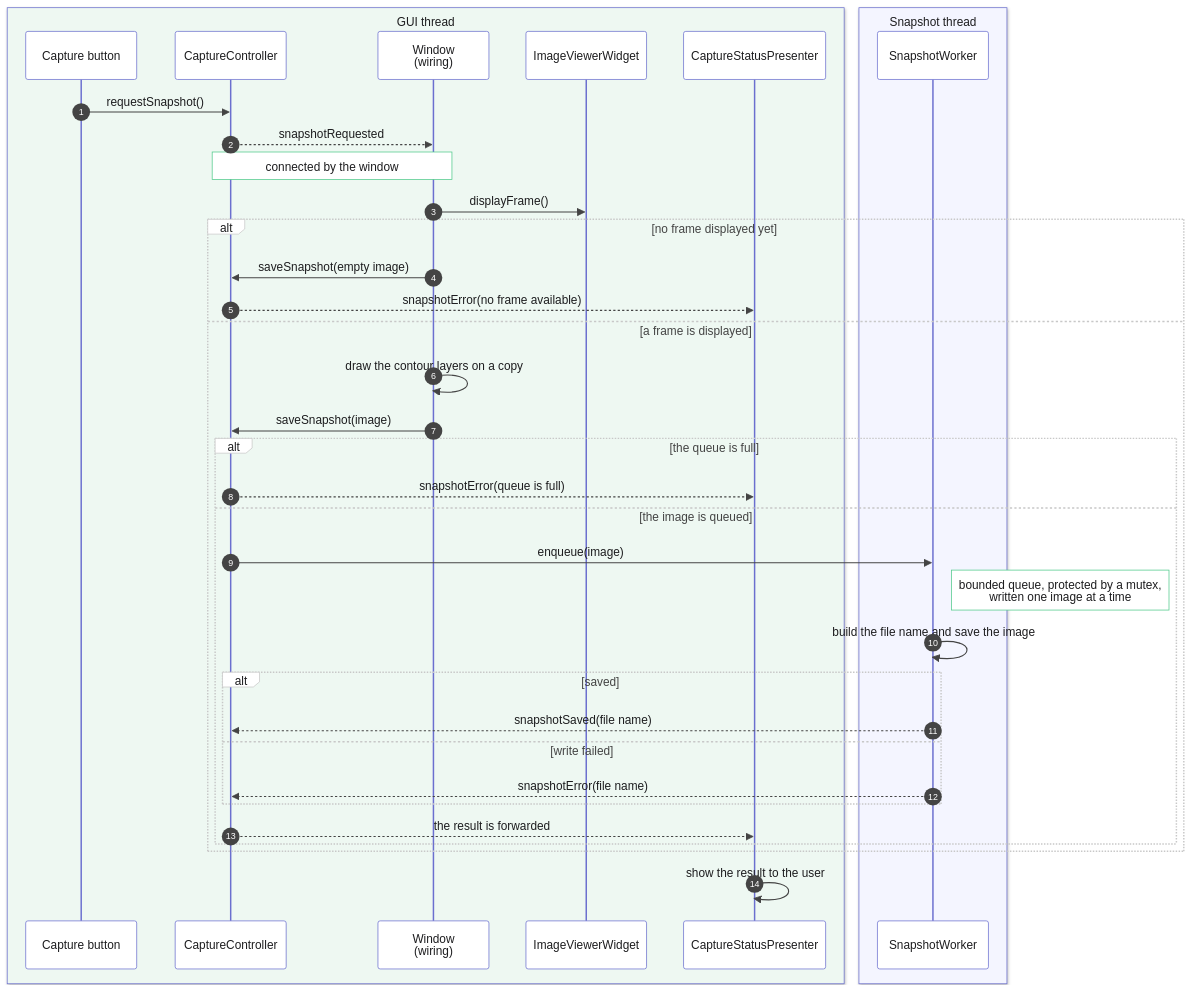
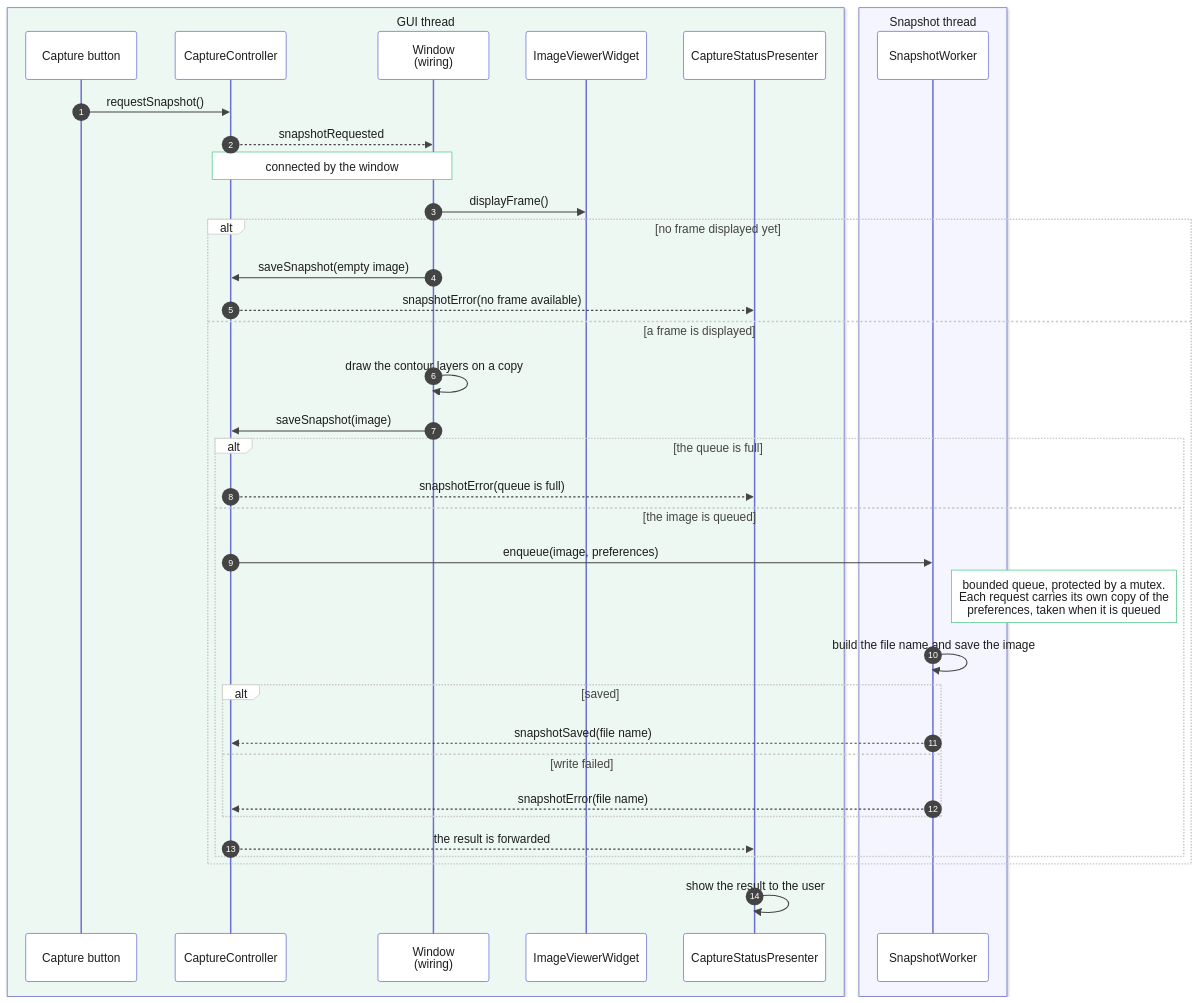
Before and after one commit to fluvel-io/fluvel-set: the diagram in docs/mermaid/snapshot_sequence.mmd, drawn with Mermaid. The commit also changed 4 other files, not shown here.

```diff
--- a/docs/mermaid/snapshot_sequence.mmd
+++ b/docs/mermaid/snapshot_sequence.mmd
@@ -1,47 +1,47 @@
 %%{init: {"theme": "base", "themeVariables": {
   "primaryColor": "#f4f5ff", "primaryBorderColor": "#6b6fcf", "primaryTextColor": "#1d1d1f",
   "lineColor": "#6b6fcf", "actorBkg": "#ffffff", "actorBorder": "#6b6fcf", "actorTextColor": "#1d1d1f",
   "noteBkgColor": "#ffffff", "noteBorderColor": "#4fc98a", "noteTextColor": "#1d1d1f",
   "signalColor": "#444444", "signalTextColor": "#1d1d1f", "labelBoxBkgColor": "#ffffff",
   "labelBoxBorderColor": "#c8c8c8", "loopTextColor": "#444444", "sequenceNumberColor": "#ffffff"}}}%%
 sequenceDiagram
     autonumber
 
 
     box rgb(238,248,242) GUI thread
         participant B as Capture button
         participant C as CaptureController
         participant W as Window<br/>(wiring)
         participant V as ImageViewerWidget
         participant X as CaptureStatusPresenter
     end
     box rgb(244,245,255) Snapshot thread
         participant Q as SnapshotWorker
     end
 
     B->>C: requestSnapshot()
     C-->>W: snapshotRequested
     Note over C,W: connected by the window
     W->>V: displayFrame()
 
     alt no frame displayed yet
         W->>C: saveSnapshot(empty image)
         C-->>X: snapshotError(no frame available)
     else a frame is displayed
         W->>W: draw the contour layers on a copy
         W->>C: saveSnapshot(image)
         alt the queue is full
             C-->>X: snapshotError(queue is full)
         else the image is queued
-            C->>Q: enqueue(image)
-            Note right of Q: bounded queue, protected by a mutex,<br/>written one image at a time
+            C->>Q: enqueue(image, preferences)
+            Note right of Q: bounded queue, protected by a mutex.<br/>Each request carries its own copy of the<br/>preferences, taken when it is queued
             Q->>Q: build the file name and save the image
             alt saved
                 Q-->>C: snapshotSaved(file name)
             else write failed
                 Q-->>C: snapshotError(file name)
             end
             C-->>X: the result is forwarded
         end
     end
     X->>X: show the result to the user
```
